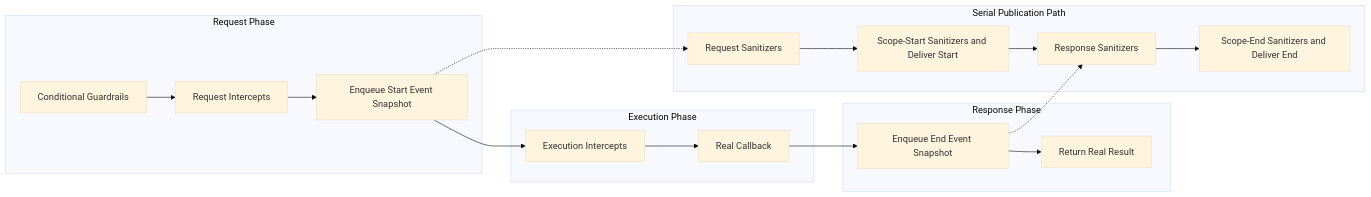
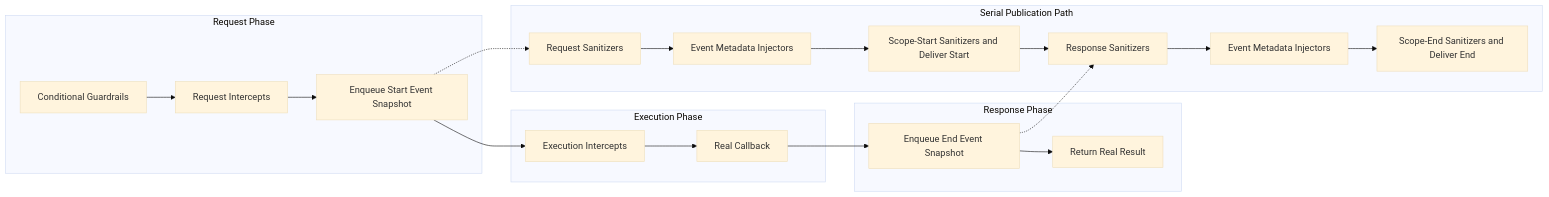
The first of 3 diagrams in docs/about-nemo-relay/concepts/middleware.mdx (NVIDIA/NeMo-Relay), drawn with Mermaid (base theme) before and after one commit. The commit also changed other lines of this file and 13 other files, not shown here.

Commit message:
feat(core): add Event metadata injection middleware

````diff
--- a/docs/about-nemo-relay/concepts/middleware.mdx
+++ b/docs/about-nemo-relay/concepts/middleware.mdx
@@ -250,35 +309,38 @@
 ```mermaid
 flowchart LR
     subgraph RequestPhase[Request Phase]
         Conditional[Conditional Guardrails]
         RequestIntercepts[Request Intercepts]
         QueueStart[Enqueue Start Event Snapshot]
         Conditional --> RequestIntercepts --> QueueStart
     end
 
     subgraph ExecutionPhase[Execution Phase]
         ExecutionIntercepts[Execution Intercepts]
         Callback[Real Callback]
         ExecutionIntercepts --> Callback
     end
 
     subgraph ResponsePhase[Response Phase]
         QueueEnd[Enqueue End Event Snapshot]
         Return[Return Real Result]
         QueueEnd --> Return
     end
 
     QueueStart --> ExecutionIntercepts
     Callback --> QueueEnd
 
     subgraph PublicationPath[Serial Publication Path]
         RequestSanitizers[Request Sanitizers]
+        StartInjection[Event Metadata Injectors]
         StartEvent[Scope-Start Sanitizers and Deliver Start]
         ResponseSanitizers[Response Sanitizers]
+        EndInjection[Event Metadata Injectors]
         EndEvent[Scope-End Sanitizers and Deliver End]
-        RequestSanitizers --> StartEvent --> ResponseSanitizers --> EndEvent
+        RequestSanitizers --> StartInjection --> StartEvent
+        StartEvent --> ResponseSanitizers --> EndInjection --> EndEvent
     end
 
     QueueStart -.-> RequestSanitizers
     QueueEnd -.-> ResponseSanitizers
 ```
````
